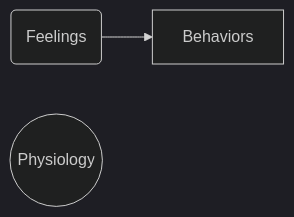
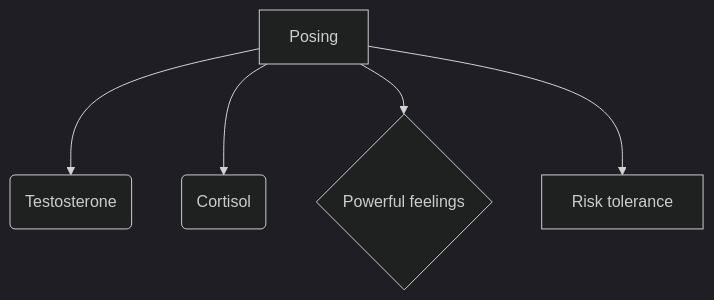
The second of 8 diagrams in src/notes/wk09-2023-10-18.qmd (psu-psychology/psych-490-reproducibility-2023-fall), drawn with Mermaid (dark theme) before and after one commit. The commit also changed other lines of this file and 29 other files, not shown here.

````diff
--- a/src/notes/wk09-2023-10-18.qmd
+++ b/src/notes/wk09-2023-10-18.qmd
@@ -278,5 +280,7 @@
 ```{mermaid}
-flowchart LR
-  B(Feelings) -->A[Behaviors]
-  C((Physiology))
+flowchart TD
+  A[Posing] -->B(Testosterone)
+  A -->C(Cortisol)
+  A -->D{Powerful feelings}
+  A -->E[Risk tolerance]
 ```
````
